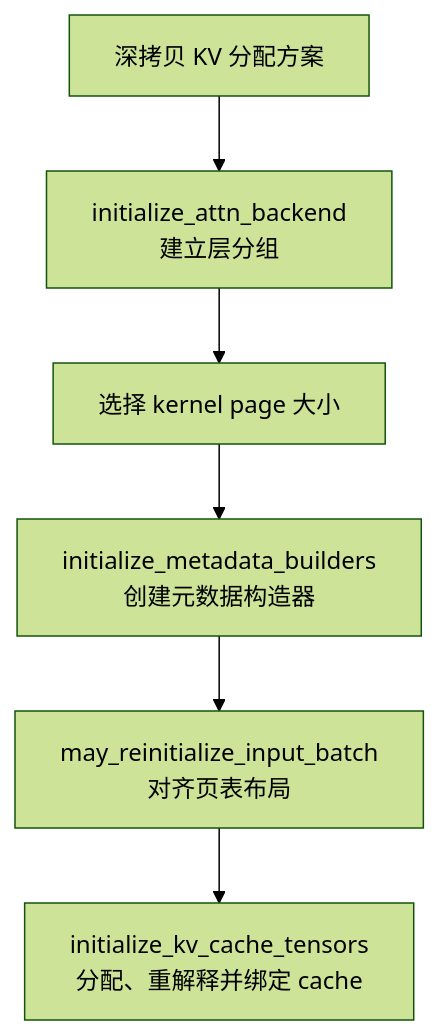
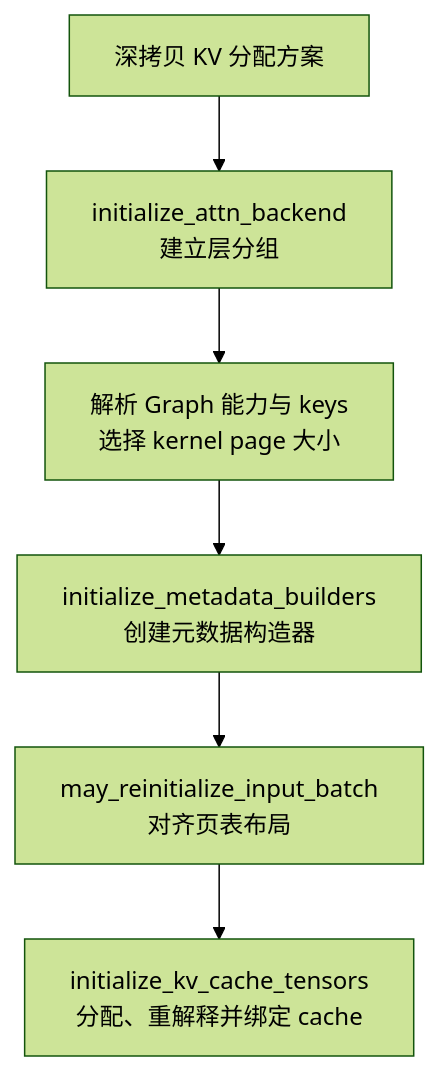
One commit to crashingby/my-nano-vllm changed the first of 2 diagrams in docs/worker/gpu_model_runner.md. Above: the diagram before and after it, drawn with Mermaid (forest theme). The commit also changed other lines of this file and 40 other files, not shown here.

````diff
--- a/docs/worker/gpu_model_runner.md
+++ b/docs/worker/gpu_model_runner.md
@@ -216,8 +221,8 @@
 ```mermaid
 flowchart TD
     A["深拷贝 KV 分配方案"] --> B["initialize_attn_backend<br>建立层分组"]
-    B --> C["选择 kernel page 大小"]
+    B --> C["解析 Graph 能力与 keys<br>选择 kernel page 大小"]
     C --> D["initialize_metadata_builders<br>创建元数据构造器"]
     D --> E["may_reinitialize_input_batch<br>对齐页表布局"]
     E --> F["initialize_kv_cache_tensors<br>分配、重解释并绑定 cache"]
 ```
````
